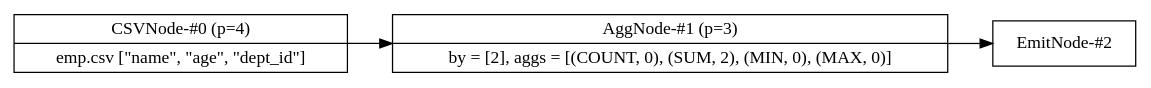
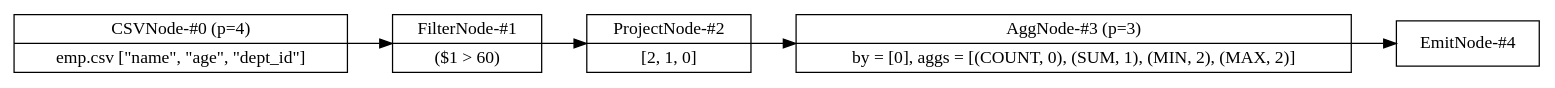
The diagram in src/data/flow.dot (adarshpannu/kona), drawn with Graphviz before and after one commit. The commit also changed 5 other files, not shown here.

```diff
--- a/src/data/flow.dot
+++ b/src/data/flow.dot
@@ -1,11 +1,15 @@
 digraph example1 {
     node [shape=record];
     rankdir=LR;
     splines=polyline;
     nodesep=0.5;
     Node0[label="CSVNode-#0 (p=4)|emp.csv [\"name\", \"age\", \"dept_id\"]"];
-    Node1[label="AggNode-#1 (p=3)|by = [2], aggs = [(COUNT, 0), (SUM, 2), (MIN, 0), (MAX, 0)]"];
+    Node1[label="FilterNode-#1|($1 &gt; 60)"];
     Node0 -> Node1;
-    Node2[label="EmitNode-#2"];
+    Node2[label="ProjectNode-#2|[2, 1, 0]"];
     Node1 -> Node2;
+    Node3[label="AggNode-#3 (p=3)|by = [0], aggs = [(COUNT, 0), (SUM, 1), (MIN, 2), (MAX, 2)]"];
+    Node2 -> Node3;
+    Node4[label="EmitNode-#4"];
+    Node3 -> Node4;
 }
```
